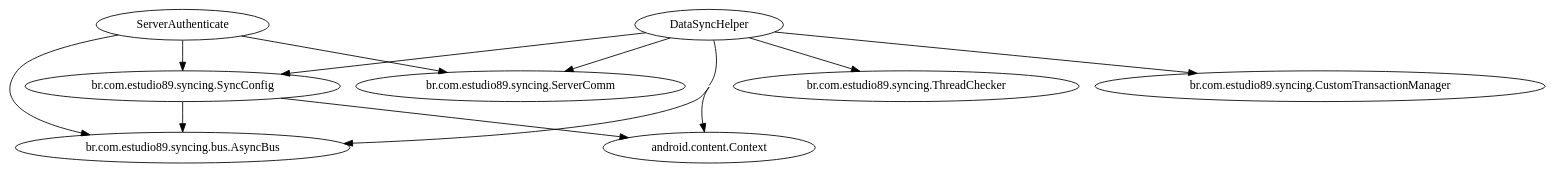
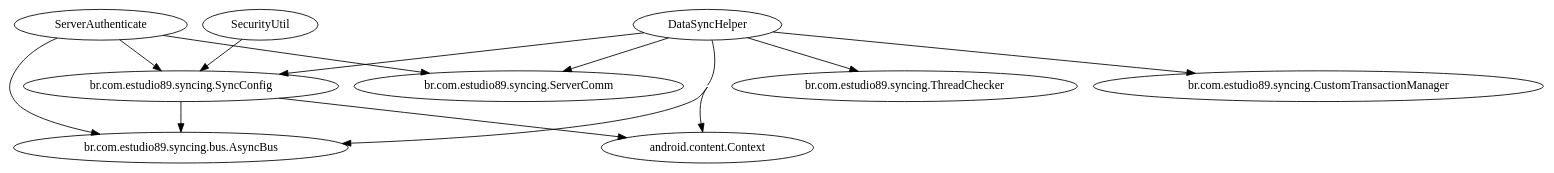
The diagram in target/generated-sources/annotations/br/com/estudio89/syncing/injection/AppContextModule.dot (estudio89/android-syncing), drawn with Graphviz before and after one commit. The commit also changed 66 other files, not shown here.

```diff
--- a/target/generated-sources/annotations/br/com/estudio89/syncing/injection/AppContextModule.dot
+++ b/target/generated-sources/annotations/br/com/estudio89/syncing/injection/AppContextModule.dot
@@ -1,20 +1,21 @@
 digraph G1 {
   concentrate = true;
   n2 [label="android.content.Context"];
   DataSyncHelper -> n2;
   n3 [label="br.com.estudio89.syncing.SyncConfig"];
   DataSyncHelper -> n3;
   n4 [label="br.com.estudio89.syncing.ThreadChecker"];
   DataSyncHelper -> n4;
   n5 [label="br.com.estudio89.syncing.bus.AsyncBus"];
   DataSyncHelper -> n5;
   n6 [label="br.com.estudio89.syncing.CustomTransactionManager"];
   DataSyncHelper -> n6;
   n7 [label="br.com.estudio89.syncing.ServerComm"];
   DataSyncHelper -> n7;
+  SecurityUtil -> n3;
   ServerAuthenticate -> n3;
   ServerAuthenticate -> n5;
   ServerAuthenticate -> n7;
   n3 -> n2;
   n3 -> n5;
 }
```
